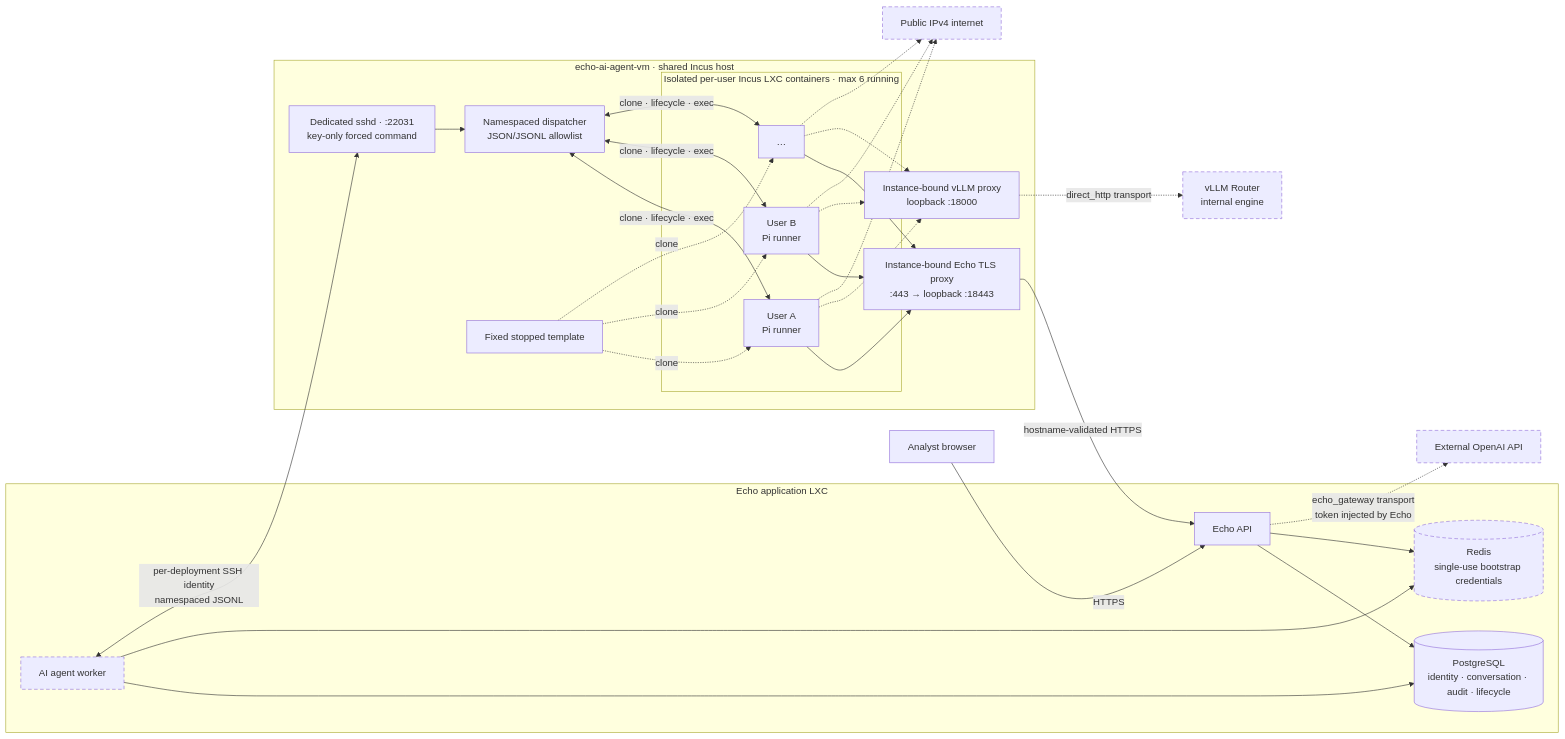
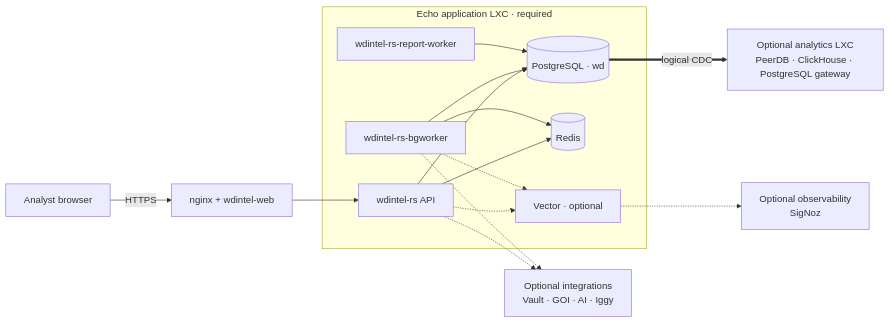
One commit to murczyk/echo changed the diagram in docs/README.md. Above: the diagram before and after it, drawn with Mermaid. The commit also changed other lines of this file and 1 other file, not shown here.

Commit message:
docs: reduced architecture overview

````diff
--- a/docs/README.md
+++ b/docs/README.md
@@ -409,60 +10,27 @@
 ```mermaid
 flowchart LR
-    analyst["Analyst browser"] -->|HTTPS| api
+    browser["Analyst browser"] -->|HTTPS| web["nginx + wdintel-web"]
+    web --> api["wdintel-rs API"]
 
-    subgraph echo_lxc["Echo application LXC"]
-        api["Echo API"]
-        agent_worker["AI agent worker"]
-        postgres[("PostgreSQL<br/>identity · conversation · audit · lifecycle")]
-        redis[("Redis<br/>single-use bootstrap credentials")]
+    subgraph echo_lxc["Echo application LXC · required"]
+        api
+        bg["wdintel-rs-bgworker"]
+        reports["wdintel-rs-report-worker"]
+        postgres[("PostgreSQL · wd")]
+        redis[("Redis")]
+        vector["Vector · optional"]
 
         api --> postgres
-        agent_worker --> postgres
+        bg --> postgres
+        reports --> postgres
         api --> redis
-        agent_worker --> redis
+        bg --> redis
+        api -.-> vector
+        bg -.-> vector
     end
 
-    subgraph harness_vm["echo-ai-agent-vm · shared Incus host"]
-        sshd["Dedicated sshd · :22031<br/>key-only forced command"]
-        dispatcher["Namespaced dispatcher<br/>JSON/JSONL allowlist"]
-        template["Fixed stopped template"]
-
-        subgraph agents["Isolated per-user Incus LXC containers · max 6 running"]
-            agent_a["User A<br/>Pi runner"]
-            agent_b["User B<br/>Pi runner"]
-            agent_n["…"]
-        end
-
-        echo_proxy["Instance-bound Echo TLS proxy<br/>:443 → loopback :18443"]
-        vllm_proxy["Instance-bound vLLM proxy<br/>loopback :18000"]
-
-        sshd --> dispatcher
-        dispatcher <-->|clone · lifecycle · exec| agent_a
-        dispatcher <-->|clone · lifecycle · exec| agent_b
-        dispatcher <-->|clone · lifecycle · exec| agent_n
-        template -.->|clone| agent_a
-        template -.->|clone| agent_b
-        template -.->|clone| agent_n
-        agent_a --> echo_proxy
-        agent_b --> echo_proxy
-        agent_n --> echo_proxy
-        agent_a -.-> vllm_proxy
-        agent_b -.-> vllm_proxy
-        agent_n -.-> vllm_proxy
-    end
-
-    router["vLLM Router<br/>internal engine"]
-    openai["External OpenAI API"]
-    internet["Public IPv4 internet"]
-
-    agent_worker <-->|per-deployment SSH identity<br/>namespaced JSONL| sshd
-    echo_proxy -->|hostname-validated HTTPS| api
-    vllm_proxy -.->|direct_http transport| router
-    api -.->|echo_gateway transport<br/>token injected by Echo| openai
-    agent_a -.-> internet
-    agent_b -.-> internet
-    agent_n -.-> internet
-
-    classDef optional stroke-dasharray:6 4
-    class agent_worker,redis,router,openai,internet optional
+    api -.-> integrations["Optional integrations\nVault · GOI · AI · Iggy"]
+    bg -.-> integrations
+    postgres ==>|logical CDC| analytics["Optional analytics LXC\nPeerDB · ClickHouse · PostgreSQL gateway"]
+    vector -.-> observability["Optional observability\nSigNoz"]
 ```
````
